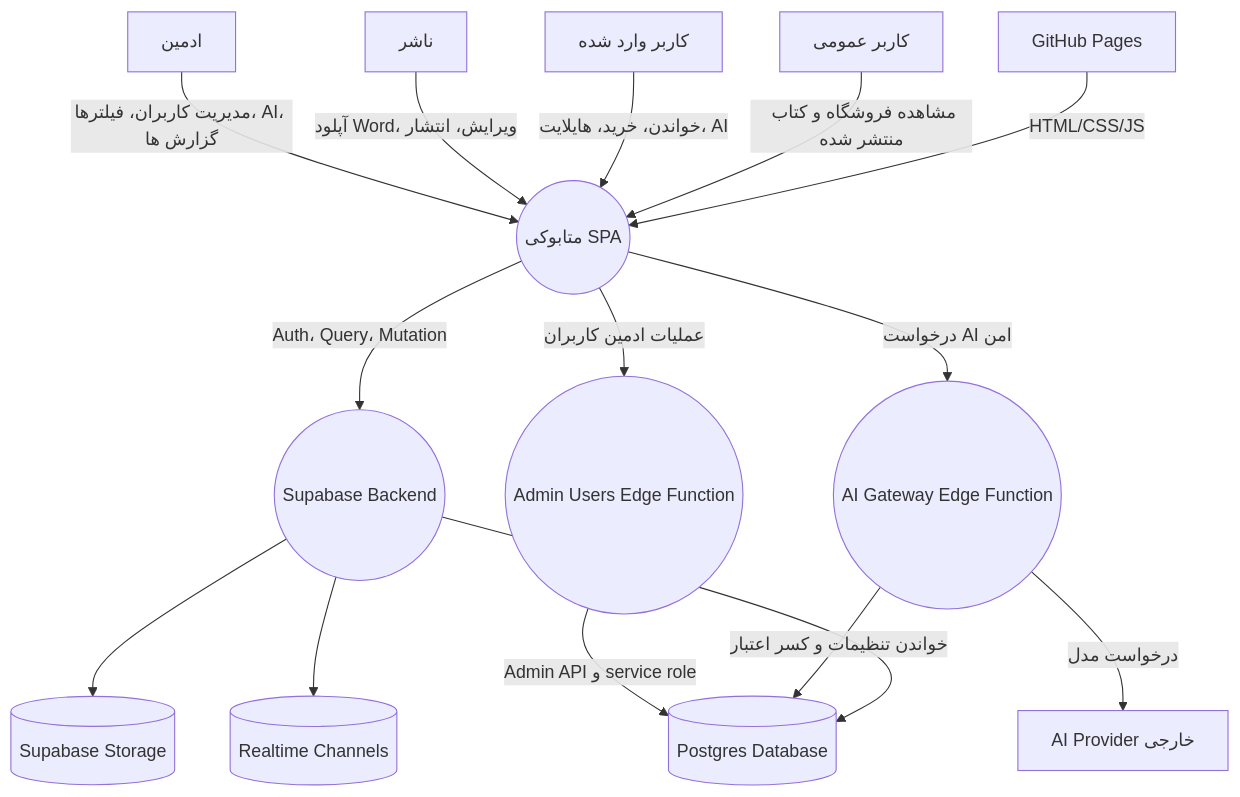
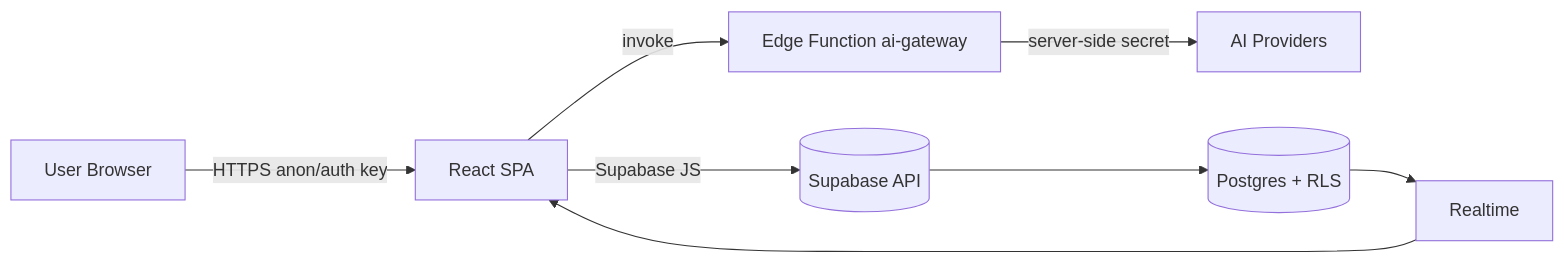
One commit to hamid1234567/metabooki changed the first of 7 diagrams in docs/DFD_ERD_SECURITY_REFERENCE.md. Above: the diagram before and after it, drawn with Mermaid. The commit also changed other lines of this file and 4 other files, not shown here.

````diff
--- a/docs/DFD_ERD_SECURITY_REFERENCE.md
+++ b/docs/DFD_ERD_SECURITY_REFERENCE.md
@@ -56,34 +9,10 @@
 ```mermaid
-flowchart TB
-  E1[کاربر عمومی]
-  E2[کاربر وارد شده]
-  E3[ناشر]
-  E4[ادمین]
-  P1((متابوکی SPA))
-  P2((Supabase Backend))
-  P3((AI Gateway Edge Function))
-  P4((Admin Users Edge Function))
-  D1[(Postgres Database)]
-  D2[(Supabase Storage)]
-  D3[(Realtime Channels)]
-  X1[AI Provider خارجی]
-  X2[GitHub Pages]
-
-  X2 -->|HTML/CSS/JS| P1
-  E1 -->|مشاهده فروشگاه و کتاب منتشر شده| P1
-  E2 -->|خواندن، خرید، هایلایت، AI| P1
-  E3 -->|آپلود Word، ویرایش، انتشار| P1
-  E4 -->|مدیریت کاربران، فیلترها، AI، گزارش ها| P1
-
-  P1 -->|Auth، Query، Mutation| P2
-  P2 --> D1
-  P2 --> D2
-  P2 --> D3
-
-  P1 -->|درخواست AI امن| P3
-  P3 -->|خواندن تنظیمات و کسر اعتبار| D1
-  P3 -->|درخواست مدل| X1
-
-  P1 -->|عملیات ادمین کاربران| P4
-  P4 -->|Admin API و service role| D1
+flowchart LR
+  U[User Browser] -->|HTTPS anon/auth key| SPA[React SPA]
+  SPA -->|Supabase JS| SB[(Supabase API)]
+  SPA -->|invoke| AI[Edge Function ai-gateway]
+  AI -->|server-side secret| OAI[AI Providers]
+  SB --> DB[(Postgres + RLS)]
+  DB --> RT[Realtime]
+  RT --> SPA
 ```
````
